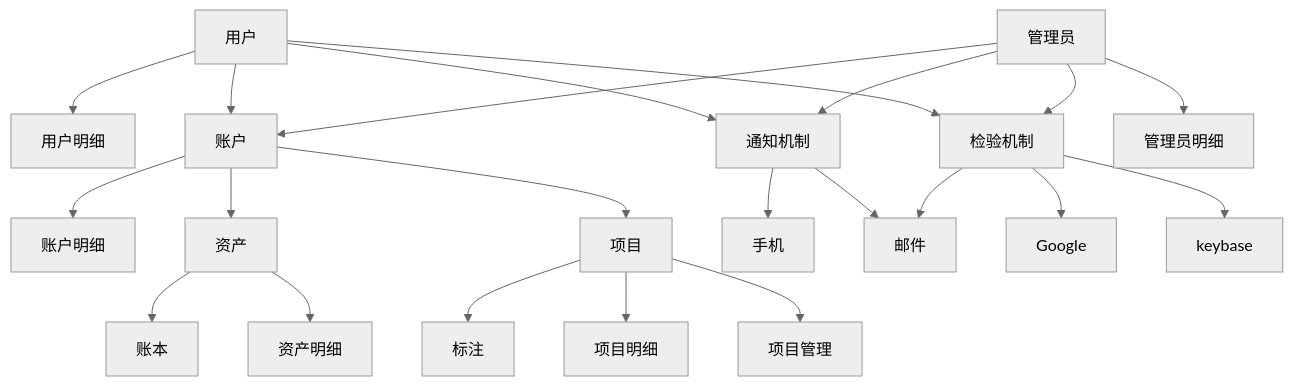
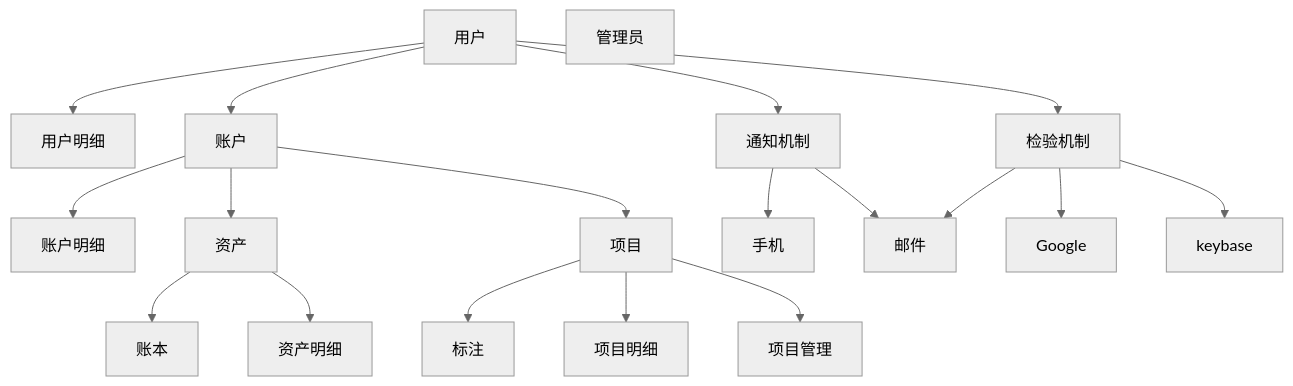
Before and after one commit to neomaclin/designdoc: the first of 6 diagrams in Readme.md, drawn with Mermaid (neutral theme). The commit also changed other lines of this file, not shown here.

````diff
--- a/Readme.md
+++ b/Readme.md
@@ -4,27 +5,24 @@
 ```mermaid
 graph TB
 
 用户 --> 用户明细
 用户 --> 账户
 用户 --> 检验机制
 用户 --> 通知机制
 账户 --> 账户明细
 账户 --> 资产
 资产 --> 账本
 资产 --> 资产明细
 项目 --> 标注
 账户 --> 项目
 项目 --> 项目明细
 项目 --> 项目管理
-管理员 --> 管理员明细
-管理员 --> 账户
-管理员 --> 检验机制
-管理员 --> 通知机制
+管理员
 通知机制 --> 手机
 通知机制 --> 邮件
 检验机制 --> 邮件
 检验机制 --> Google
 检验机制 --> keybase
 
 
 ```
````
